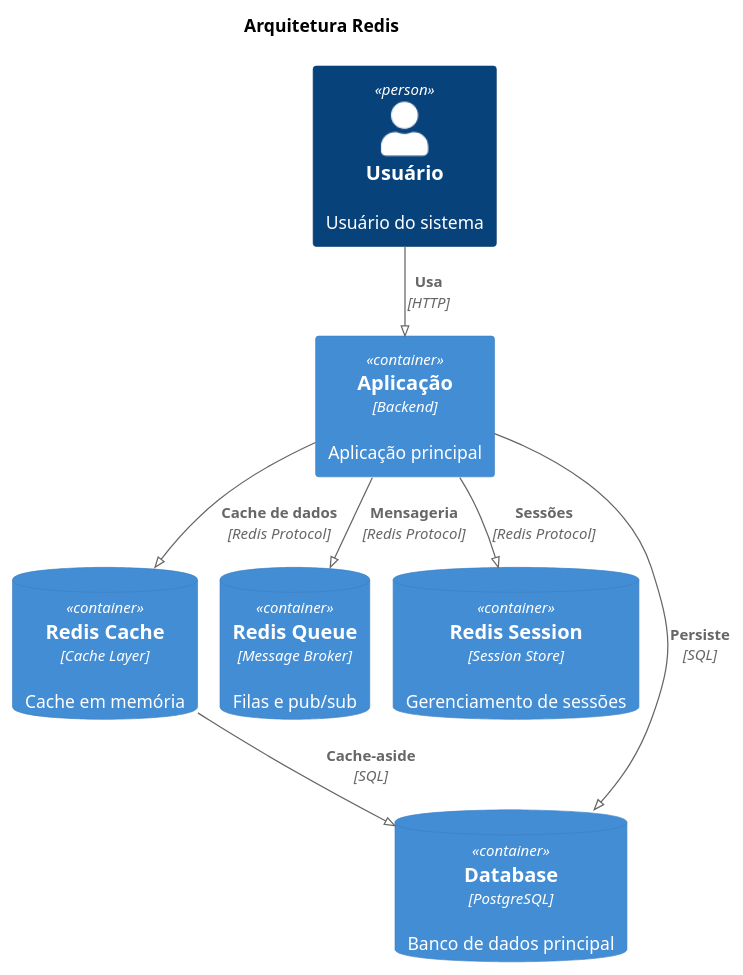
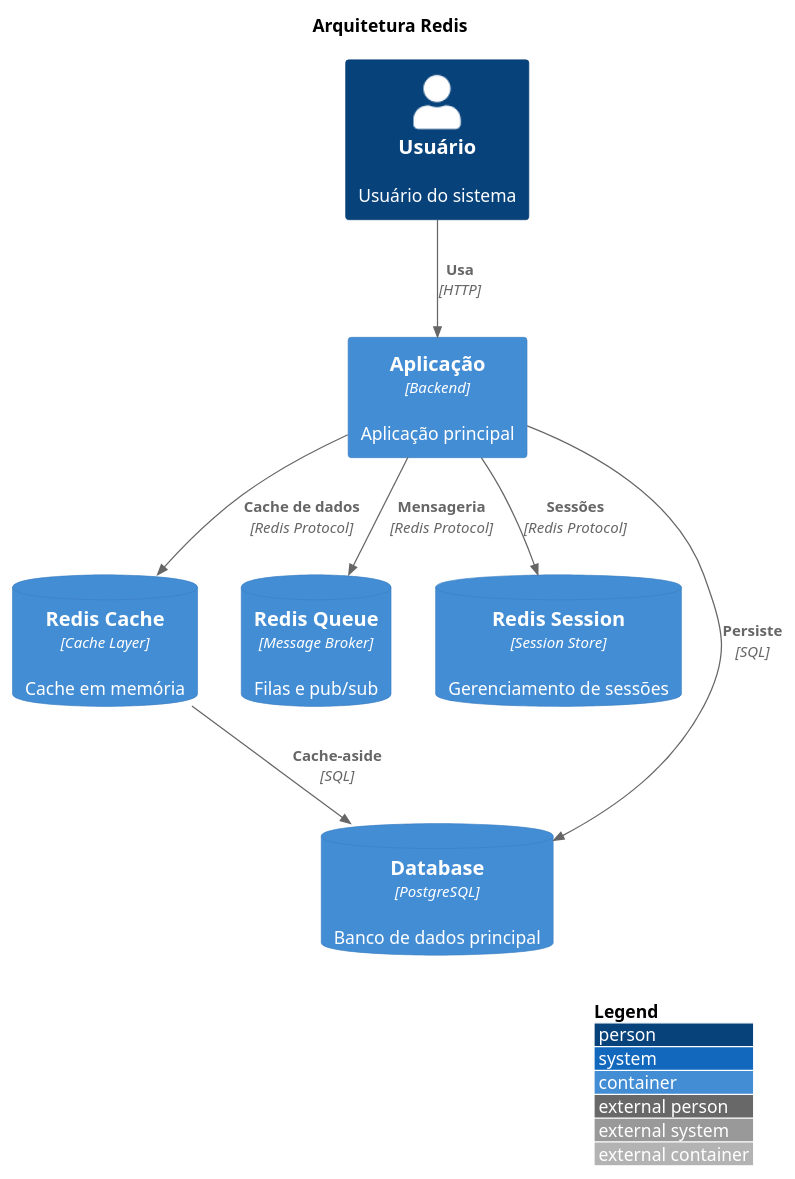
One commit to tiagonpsilva/architecture-decision-records changed the diagram in diagrams/adr-056-redis.puml. Above: the diagram before and after it, drawn with PlantUML. The commit also changed 30 other files, not shown here.

Commit message:
feat: atualização dos diagramas C4 e adição de novos ADRs (Redis, AWS, ElasticSearch, ArgoCD, Datadog)

```diff
--- a/diagrams/adr-056-redis.puml
+++ b/diagrams/adr-056-redis.puml
@@ -1,22 +1,22 @@
 @startuml
-!pragma layout smetana
-' version 1.2023.7
-!include C4_Container.puml
+!include https://raw.githubusercontent.com/plantuml-stdlib/C4-PlantUML/master/C4_Container.puml
 
-title "Arquitetura Redis"
+LAYOUT_WITH_LEGEND()
+
+title Arquitetura Redis
 
 Person(user, "Usuário", "Usuário do sistema")
 Container(app, "Aplicação", "Backend", "Aplicação principal")
 ContainerDb(redis_cache, "Redis Cache", "Cache Layer", "Cache em memória")
 ContainerDb(redis_queue, "Redis Queue", "Message Broker", "Filas e pub/sub")
 ContainerDb(redis_session, "Redis Session", "Session Store", "Gerenciamento de sessões")
 ContainerDb(database, "Database", "PostgreSQL", "Banco de dados principal")
 
 Rel(user, app, "Usa", "HTTP")
 Rel(app, redis_cache, "Cache de dados", "Redis Protocol")
 Rel(app, redis_queue, "Mensageria", "Redis Protocol")
 Rel(app, redis_session, "Sessões", "Redis Protocol")
 Rel(app, database, "Persiste", "SQL")
 Rel(redis_cache, database, "Cache-aside", "SQL")
 
 @enduml 
```
